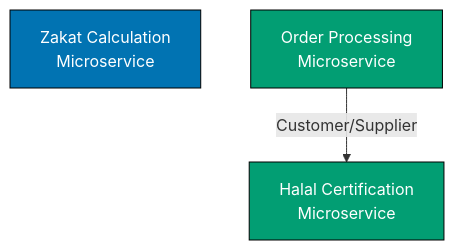
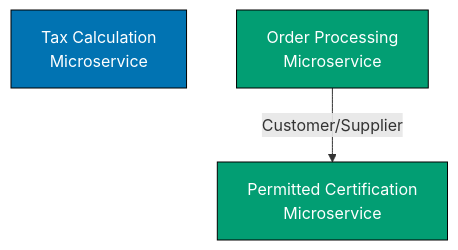
One commit to wahidyankf/open-sharia-enterprise changed diagram 16 of 16 in docs/explanation/software/architecture/domain-driven-design-ddd/ex-so-ar-dodrdedd__04-context-mapping.md. Above: the diagram before and after it, drawn with Mermaid. The commit also changed other lines of this file and 94 other files, not shown here.

````diff
--- a/docs/explanation/software/architecture/domain-driven-design-ddd/ex-so-ar-dodrdedd__04-context-mapping.md
+++ b/docs/explanation/software/architecture/domain-driven-design-ddd/ex-so-ar-dodrdedd__04-context-mapping.md
@@ -809,12 +804,12 @@
 ```mermaid
 graph TD
-    ZC[Zakat Calculation<br/>Microservice]
-    HC[Halal Certification<br/>Microservice]
+    ZC[Tax Calculation<br/>Microservice]
+    HC[Permitted Certification<br/>Microservice]
     OP[Order Processing<br/>Microservice]
 
     OP -->|"Customer/Supplier"| HC
 
     style ZC fill:#0173B2,stroke:#000,color:#FFFFFF
     style HC fill:#029E73,stroke:#000,color:#FFFFFF
     style OP fill:#029E73,stroke:#000,color:#FFFFFF
 ```
````
